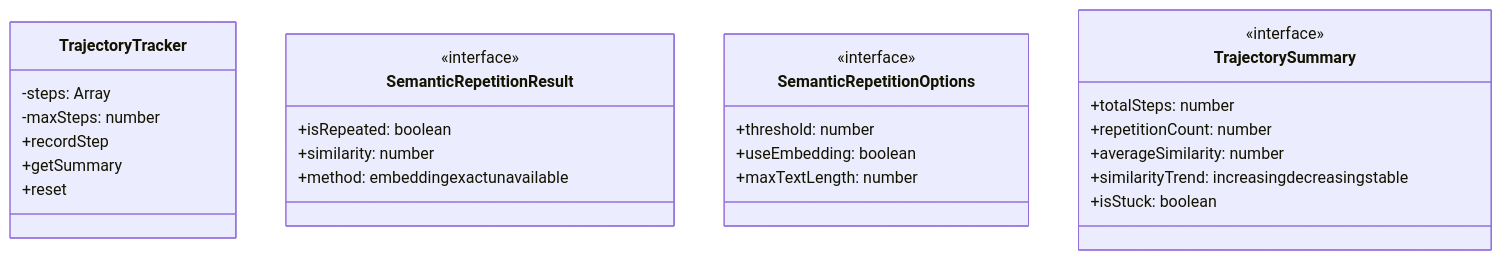
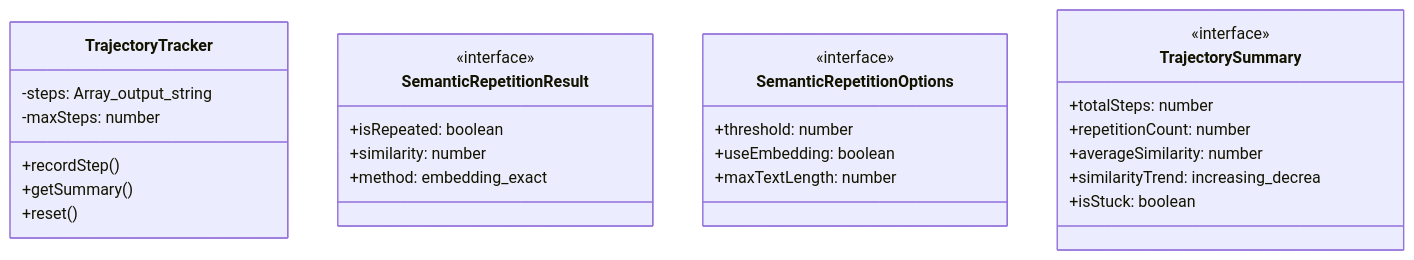
One commit to Mekann2904/mekann changed the first of 4 diagrams in ABDD/.pi/lib/semantic-repetition.md. Above: the diagram before and after it, drawn with Mermaid. The commit also changed other lines of this file and 174 other files, not shown here.

First line of the commit message:
fix(docs): ABDDのMermaid図生成エラーを修正する

````diff
--- a/ABDD/.pi/lib/semantic-repetition.md
+++ b/ABDD/.pi/lib/semantic-repetition.md
@@ -39,30 +39,30 @@
 ```mermaid
 classDiagram
   class TrajectoryTracker {
-    -steps: Array<outputstringsimilaritynumberisRepeatedboolean>
+    -steps: Array_output_string
     -maxSteps: number
-    +recordStep
-    +getSummary
-    +reset
+    +recordStep()
+    +getSummary()
+    +reset()
   }
   class SemanticRepetitionResult {
     <<interface>>
     +isRepeated: boolean
     +similarity: number
-    +method: embeddingexactunavailable
+    +method: embedding_exact
   }
   class SemanticRepetitionOptions {
     <<interface>>
     +threshold: number
     +useEmbedding: boolean
     +maxTextLength: number
   }
   class TrajectorySummary {
     <<interface>>
     +totalSteps: number
     +repetitionCount: number
     +averageSimilarity: number
-    +similarityTrend: increasingdecreasingstable
+    +similarityTrend: increasing_decrea
     +isStuck: boolean
   }
 ```
````
